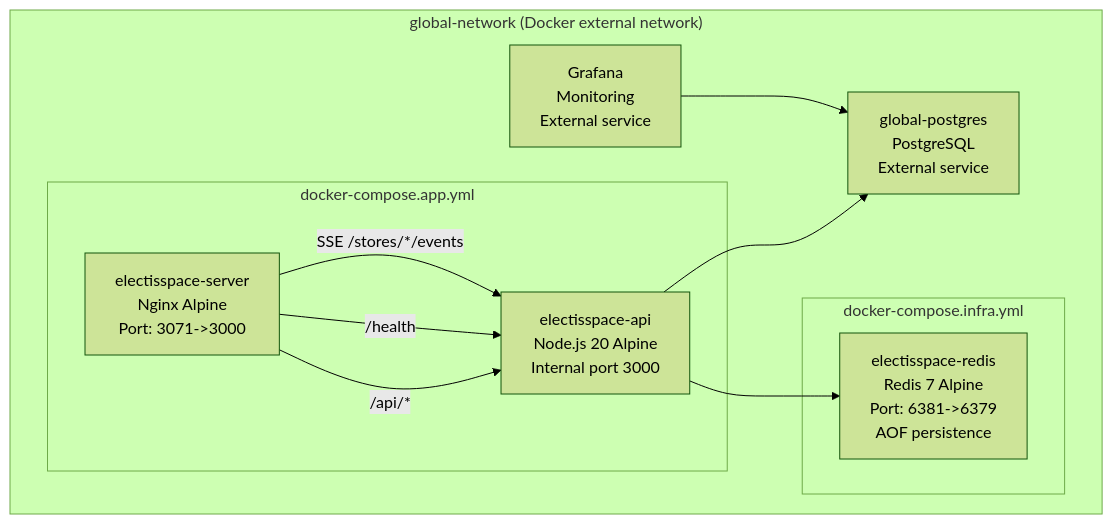
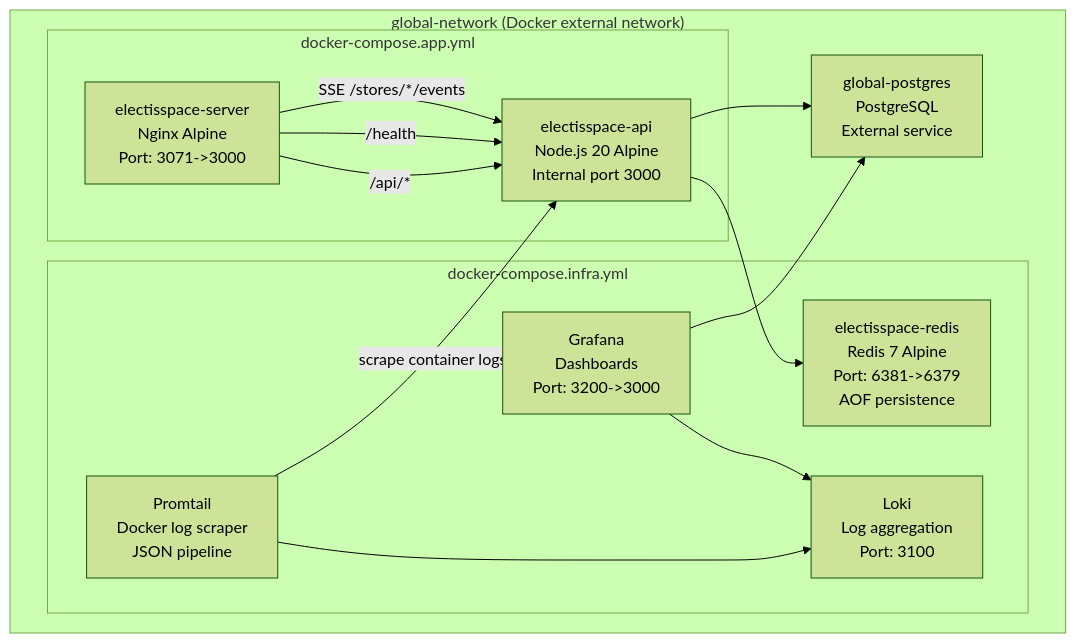
One commit to AvivElectis/electisSpace changed diagram 21 of 30 in docs/ARCHITECTURE_BOOK.md. Above: the diagram before and after it, drawn with Mermaid (forest theme). The commit also changed other lines of this file and 19 other files, not shown here.

````diff
--- a/docs/ARCHITECTURE_BOOK.md
+++ b/docs/ARCHITECTURE_BOOK.md
@@ -955,23 +973,28 @@
 ```mermaid
 graph TB
     subgraph "global-network (Docker external network)"
         subgraph "docker-compose.infra.yml"
             REDIS[electisspace-redis<br/>Redis 7 Alpine<br/>Port: 6381->6379<br/>AOF persistence]
+            LOKI[Loki<br/>Log aggregation<br/>Port: 3100]
+            PROMTAIL[Promtail<br/>Docker log scraper<br/>JSON pipeline]
+            GRAFANA[Grafana<br/>Dashboards<br/>Port: 3200->3000]
         end
 
         subgraph "docker-compose.app.yml"
             CLIENT[electisspace-server<br/>Nginx Alpine<br/>Port: 3071->3000]
             SERVER[electisspace-api<br/>Node.js 20 Alpine<br/>Internal port 3000]
         end
 
         PG[global-postgres<br/>PostgreSQL<br/>External service]
-        GRAFANA[Grafana<br/>Monitoring<br/>External service]
     end
 
     CLIENT -->|/api/*| SERVER
     CLIENT -->|/health| SERVER
     CLIENT -->|SSE /stores/*/events| SERVER
     SERVER --> PG
     SERVER --> REDIS
+    PROMTAIL -->|scrape container logs| SERVER
+    PROMTAIL --> LOKI
+    GRAFANA --> LOKI
     GRAFANA --> PG
 ```
````
